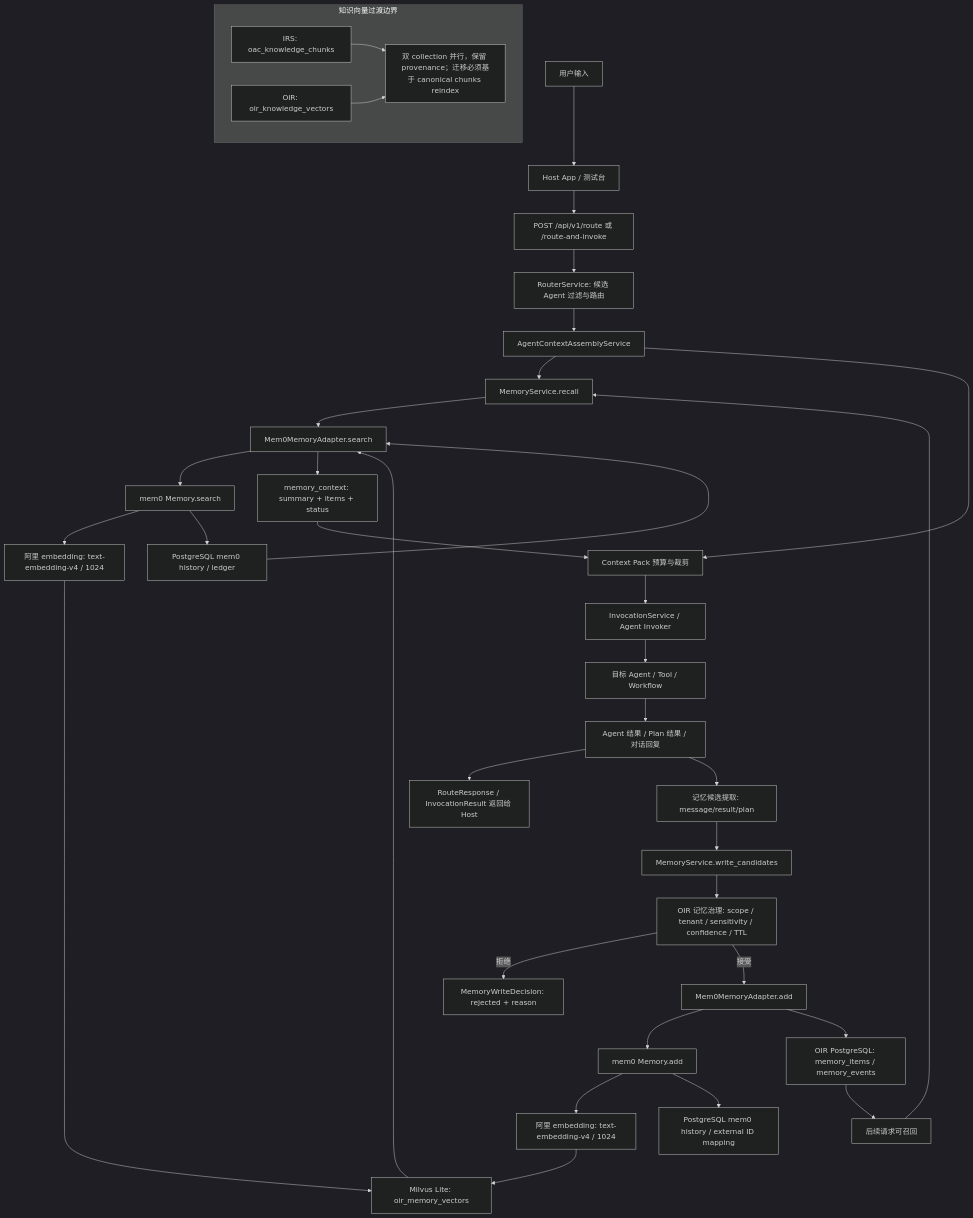
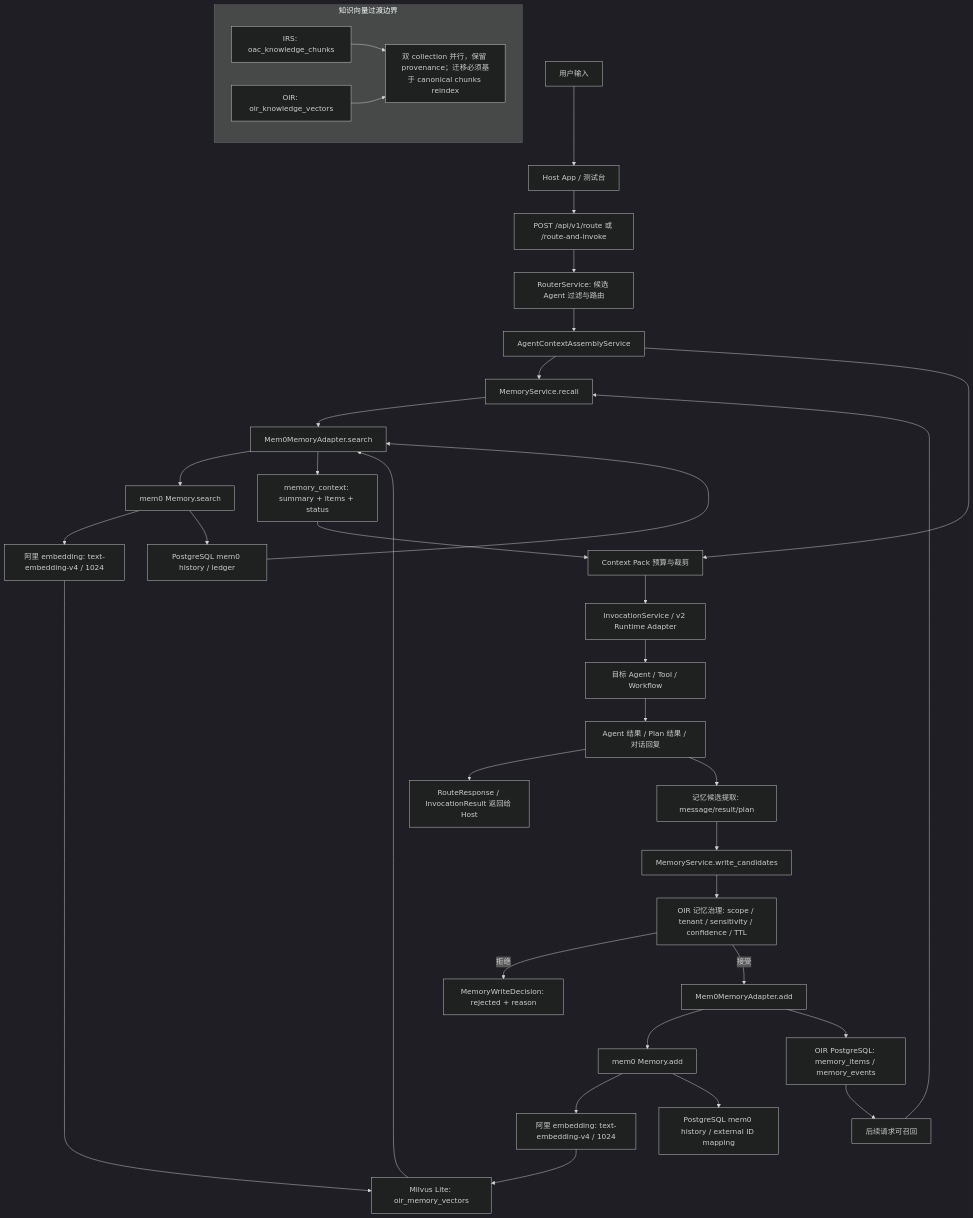
Before and after one commit to agent-oac-team/open-intent-router: the diagram in docs/App-Desc/architecture/mem0-memory-integration.md, drawn with Mermaid (dark theme). The commit also changed 84 other files, not shown here.

````diff
--- a/docs/App-Desc/architecture/mem0-memory-integration.md
+++ b/docs/App-Desc/architecture/mem0-memory-integration.md
@@ -127,45 +127,45 @@
 ```mermaid
 flowchart TD
     U["用户输入"] --> H["Host App / 测试台"]
     H --> API["POST /api/v1/route 或 /route-and-invoke"]
     API --> R["RouterService: 候选 Agent 过滤与路由"]
     R --> A["AgentContextAssemblyService"]
 
     A --> MR["MemoryService.recall"]
     MR --> MA["Mem0MemoryAdapter.search"]
     MA --> M0S["mem0 Memory.search"]
     M0S --> EMBQ["阿里 embedding: text-embedding-v4 / 1024"]
     EMBQ --> MLITE["Milvus Lite: oir_memory_vectors"]
     M0S --> PGH1["PostgreSQL mem0 history / ledger"]
     MLITE --> MA
     PGH1 --> MA
     MA --> MC["memory_context: summary + items + status"]
 
     A --> CP["Context Pack 预算与裁剪"]
     MC --> CP
-    CP --> INV["InvocationService / Agent Invoker"]
+    CP --> INV["InvocationService / v2 Runtime Adapter"]
     INV --> AG["目标 Agent / Tool / Workflow"]
     AG --> OUT["Agent 结果 / Plan 结果 / 对话回复"]
     OUT --> RESP["RouteResponse / InvocationResult 返回给 Host"]
 
     OUT --> CAND["记忆候选提取: message/result/plan"]
     CAND --> WG["MemoryService.write_candidates"]
     WG --> POL["OIR 记忆治理: scope / tenant / sensitivity / confidence / TTL"]
     POL -->|拒绝| REJ["MemoryWriteDecision: rejected + reason"]
     POL -->|接受| ADD["Mem0MemoryAdapter.add"]
     ADD --> M0A["mem0 Memory.add"]
     M0A --> EMBA["阿里 embedding: text-embedding-v4 / 1024"]
     EMBA --> MLITE
     M0A --> PGH2["PostgreSQL mem0 history / external ID mapping"]
     ADD --> OIRPG["OIR PostgreSQL: memory_items / memory_events"]
     OIRPG --> NEXT["后续请求可召回"]
     NEXT --> MR
 
     subgraph KnowledgeTransition["知识向量过渡边界"]
         OKC["IRS: oac_knowledge_chunks"]
         OIRK["OIR: oir_knowledge_vectors"]
         KNOTE["双 collection 并行，保留 provenance；迁移必须基于 canonical chunks reindex"]
         OKC --> KNOTE
         OIRK --> KNOTE
     end
 ```
````
